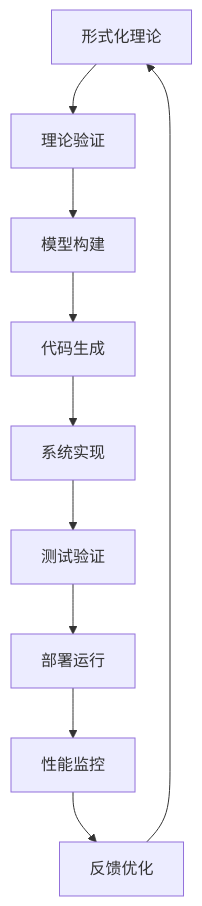
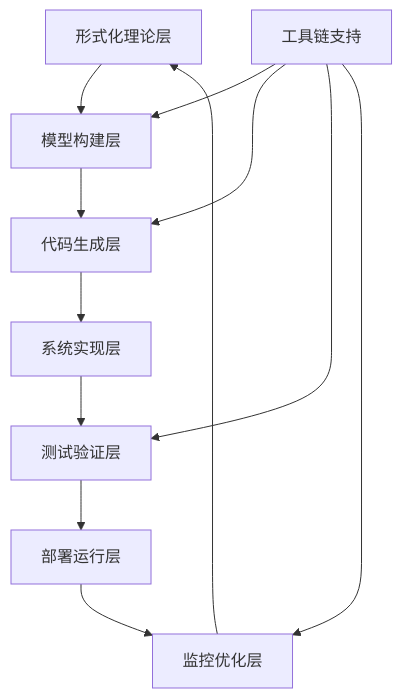
One commit to AdaMartin18010/formal-architecture changed the first of 3 diagrams in Analysis/08-实践应用开发/00-实践应用开发总论.md. Above: the diagram before and after it, drawn with Mermaid. The commit also changed other lines of this file and 26 other files, not shown here.

````diff
--- a/Analysis/08-实践应用开发/00-实践应用开发总论.md
+++ b/Analysis/08-实践应用开发/00-实践应用开发总论.md
@@ -20,13 +83,15 @@
 ```mermaid
-graph TB
-    A[形式化理论] --> B[理论验证]
-    B --> C[模型构建]
-    C --> D[代码生成]
-    D --> E[系统实现]
-    E --> F[测试验证]
-    F --> G[部署运行]
+graph TD
+    A[形式化理论层] --> B[模型构建层]
+    B --> C[代码生成层]
+    C --> D[系统实现层]
+    D --> E[测试验证层]
+    E --> F[部署运行层]
+    F --> G[监控优化层]
+    G --> A
     
-    G --> H[性能监控]
-    H --> I[反馈优化]
-    I --> A
+    H[工具链支持] --> B
+    H --> C
+    H --> E
+    H --> G
 ```
````
